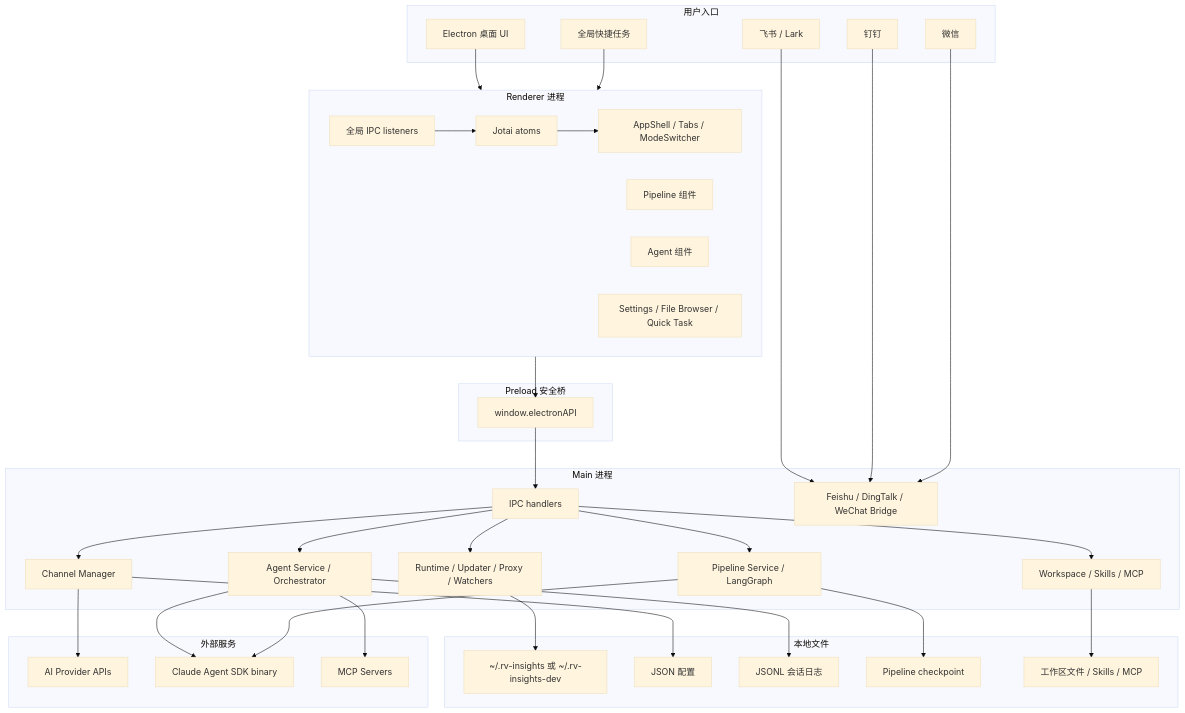
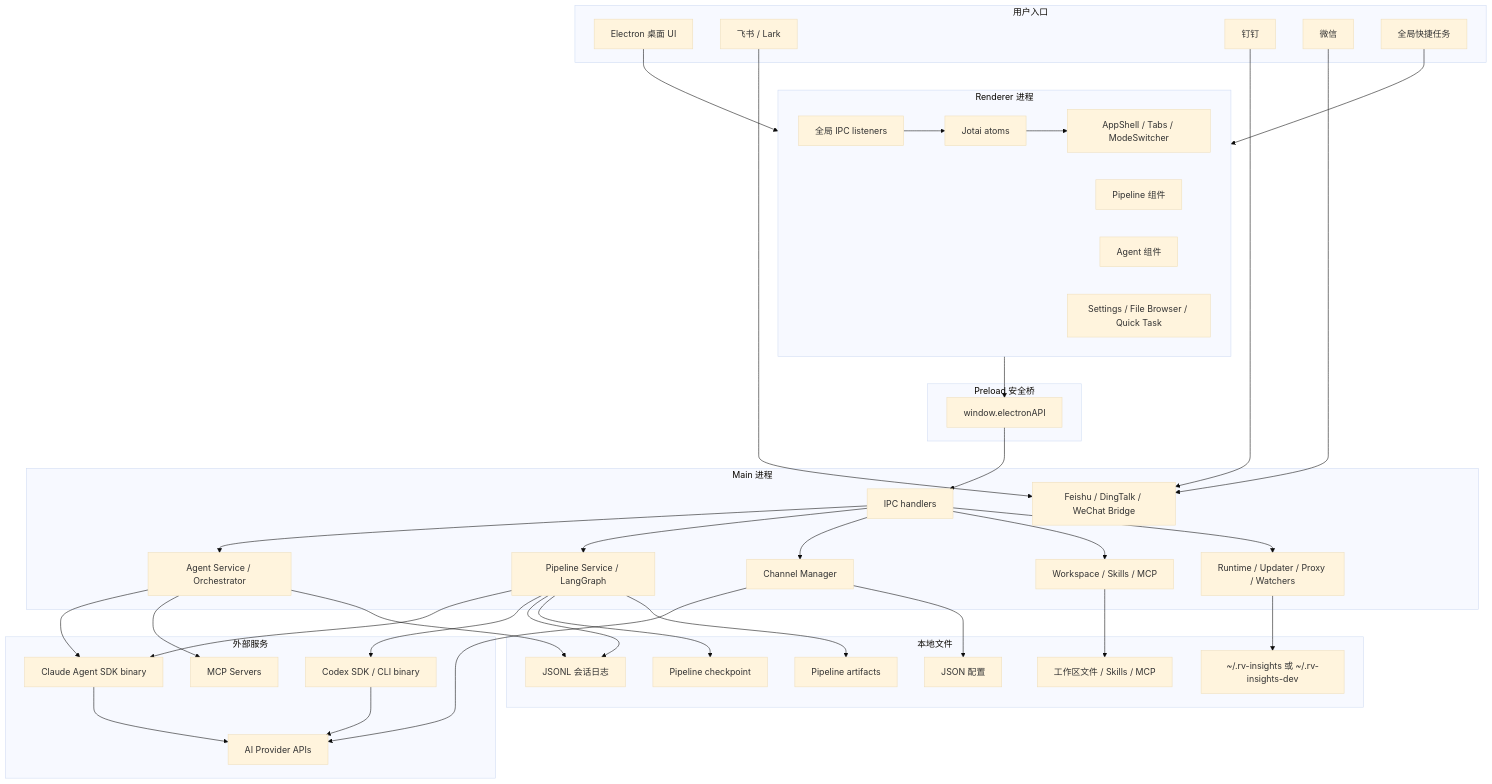
One commit to zcxGGmu/RV-Insights changed the third of 9 diagrams in README.md. Above: the diagram before and after it, drawn with Mermaid (base theme). The commit also changed other lines of this file, not shown here.

Commit message:
docs: improve pipeline README

````diff
--- a/README.md
+++ b/README.md
@@ -227,71 +255,78 @@
 ```mermaid
 flowchart TB
   subgraph User["用户入口"]
     Desktop["Electron 桌面 UI"]
     Feishu["飞书 / Lark"]
     DingTalk["钉钉"]
     WeChat["微信"]
     Shortcut["全局快捷任务"]
   end
 
   subgraph Renderer["Renderer 进程"]
     AppShell["AppShell / Tabs / ModeSwitcher"]
     PipelineUI["Pipeline 组件"]
     AgentUI["Agent 组件"]
     SettingsUI["Settings / File Browser / Quick Task"]
     Atoms["Jotai atoms"]
     GlobalListeners["全局 IPC listeners"]
   end
 
   subgraph Bridge["Preload 安全桥"]
     ElectronAPI["window.electronAPI"]
   end
 
   subgraph Main["Main 进程"]
     IPC["IPC handlers"]
     AgentSvc["Agent Service / Orchestrator"]
     PipelineSvc["Pipeline Service / LangGraph"]
     ChannelSvc["Channel Manager"]
     WorkspaceSvc["Workspace / Skills / MCP"]
     BridgeSvc["Feishu / DingTalk / WeChat Bridge"]
     SystemSvc["Runtime / Updater / Proxy / Watchers"]
   end
 
   subgraph Storage["本地文件"]
     Config["~/.rv-insights 或 ~/.rv-insights-dev"]
     Json["JSON 配置"]
     Jsonl["JSONL 会话日志"]
     Checkpoint["Pipeline checkpoint"]
+    Artifacts["Pipeline artifacts"]
     WorkspaceFiles["工作区文件 / Skills / MCP"]
   end
 
   subgraph External["外部服务"]
     Providers["AI Provider APIs"]
     ClaudeSDK["Claude Agent SDK binary"]
+    CodexSDK["Codex SDK / CLI binary"]
     MCP["MCP Servers"]
   end
 
   Desktop --> Renderer
   Shortcut --> Renderer
   Feishu --> BridgeSvc
   DingTalk --> BridgeSvc
   WeChat --> BridgeSvc
   Renderer --> ElectronAPI
   ElectronAPI --> IPC
   IPC --> AgentSvc
   IPC --> PipelineSvc
   IPC --> ChannelSvc
   IPC --> WorkspaceSvc
   IPC --> SystemSvc
   AgentSvc --> ClaudeSDK
   PipelineSvc --> ClaudeSDK
+  PipelineSvc --> CodexSDK
+  ClaudeSDK --> Providers
+  CodexSDK --> Providers
   ChannelSvc --> Providers
   AgentSvc --> MCP
   ChannelSvc --> Json
   AgentSvc --> Jsonl
+  PipelineSvc --> Jsonl
   PipelineSvc --> Checkpoint
+  PipelineSvc --> Artifacts
   WorkspaceSvc --> WorkspaceFiles
   SystemSvc --> Config
   GlobalListeners --> Atoms
   Atoms --> AppShell
 ```
````
